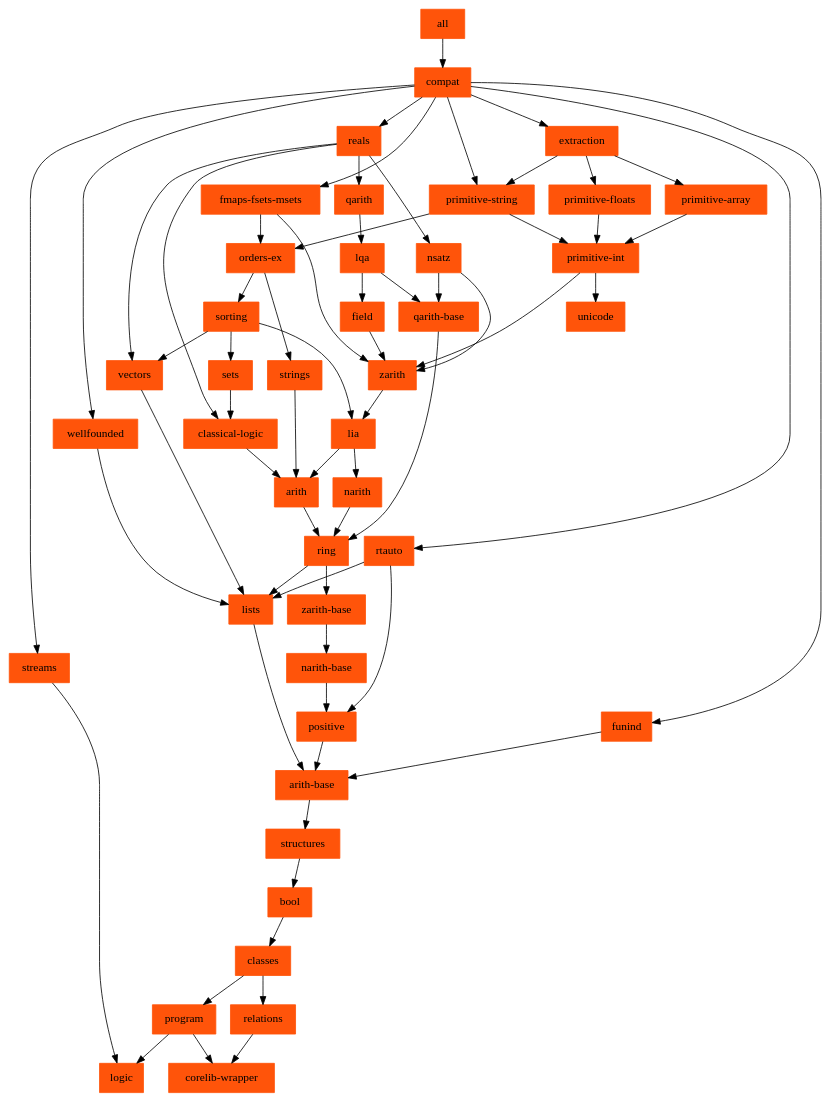
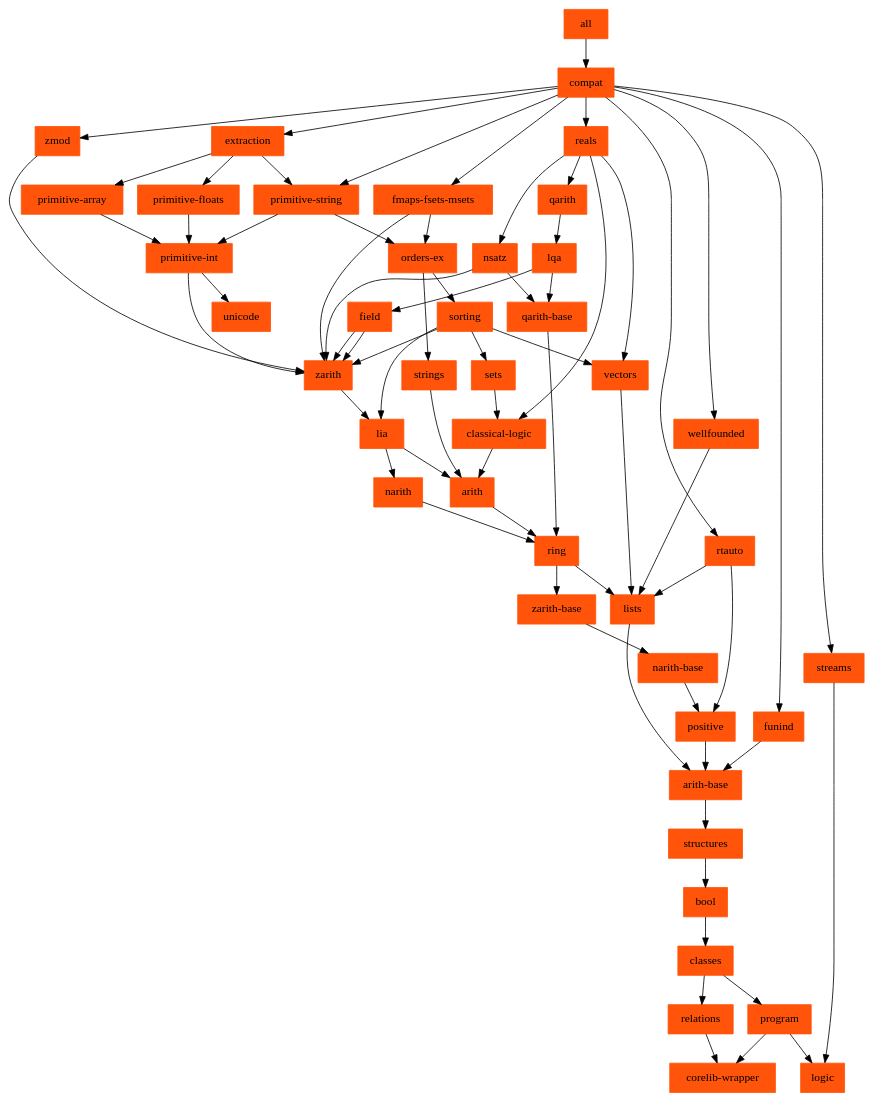
One commit to rocq-prover/stdlib changed the diagram in doc/stdlib/depends.dot. Above: the diagram before and after it, drawn with Graphviz. The commit also changed 7 other files, not shown here.

```diff
--- a/doc/stdlib/depends.dot
+++ b/doc/stdlib/depends.dot
@@ -1,74 +1,78 @@
 # this has been mostly automatically generated by dev/tools/make-depends.sh
 # when editing this, ensure to keep .nix/coq-overlays/stdlib-subcomponents
 # in sync
 digraph stdlib_deps {
 	node [color="#ff540a",
 		shape=rectangle,
 		style=filled
 		URL="#\N"
 	];
 	bool -> classes;
 	classes -> program;
 	classes -> relations;
 	program -> "corelib-wrapper";
 	program -> logic;
 	strings -> arith;
 	reals -> qarith;
 	reals -> vectors;
 	reals -> "classical-logic";
 	reals -> nsatz;
 	"arith-base" -> structures;
 	zarith -> lia;
+	zmod -> zarith;
+	sorting -> zarith;
+	field -> zarith;
 	qarith -> lqa;
 	positive -> "arith-base";
 	narith -> ring;
 	ring -> lists;
 	ring -> "zarith-base";
 	arith -> ring;
 	structures -> bool;
 	"narith-base" -> positive;
 	lists -> "arith-base";
 	"zarith-base" -> "narith-base";
 	"primitive-int" -> zarith;
 	"primitive-int" -> unicode;
 	lia -> narith;
 	lia -> arith;
 	"fmaps-fsets-msets" -> zarith;
 	"fmaps-fsets-msets" -> "orders-ex";
 	"orders-ex" -> strings;
 	"orders-ex" -> sorting;
 	sets -> "classical-logic";
 	sorting -> lia;
 	sorting -> sets;
 	sorting -> vectors;
 	"primitive-floats" -> "primitive-int";
 	wellfounded -> lists;
 	relations -> "corelib-wrapper";
 	"primitive-string" -> "primitive-int";
 	"primitive-string" -> "orders-ex";
 	vectors -> lists;
 	field -> zarith;
 	lqa -> field;
 	lqa -> "qarith-base";
 	"qarith-base" -> ring;
 	"classical-logic" -> arith;
 	nsatz -> zarith;
 	nsatz -> "qarith-base";
 	extraction -> "primitive-string";
 	extraction -> "primitive-floats";
 	extraction -> "primitive-array";
 	"primitive-array" -> "primitive-int";
 	streams -> logic;
 	funind -> "arith-base";
 	rtauto -> positive;
 	rtauto -> lists;
+	compat -> zmod;
 	compat -> reals;
 	compat -> "fmaps-fsets-msets";
 	compat -> wellfounded;
 	compat -> "primitive-string";
 	compat -> extraction;
 	compat -> streams;
 	compat -> funind;
 	compat -> rtauto;
         all -> compat
 }
```
